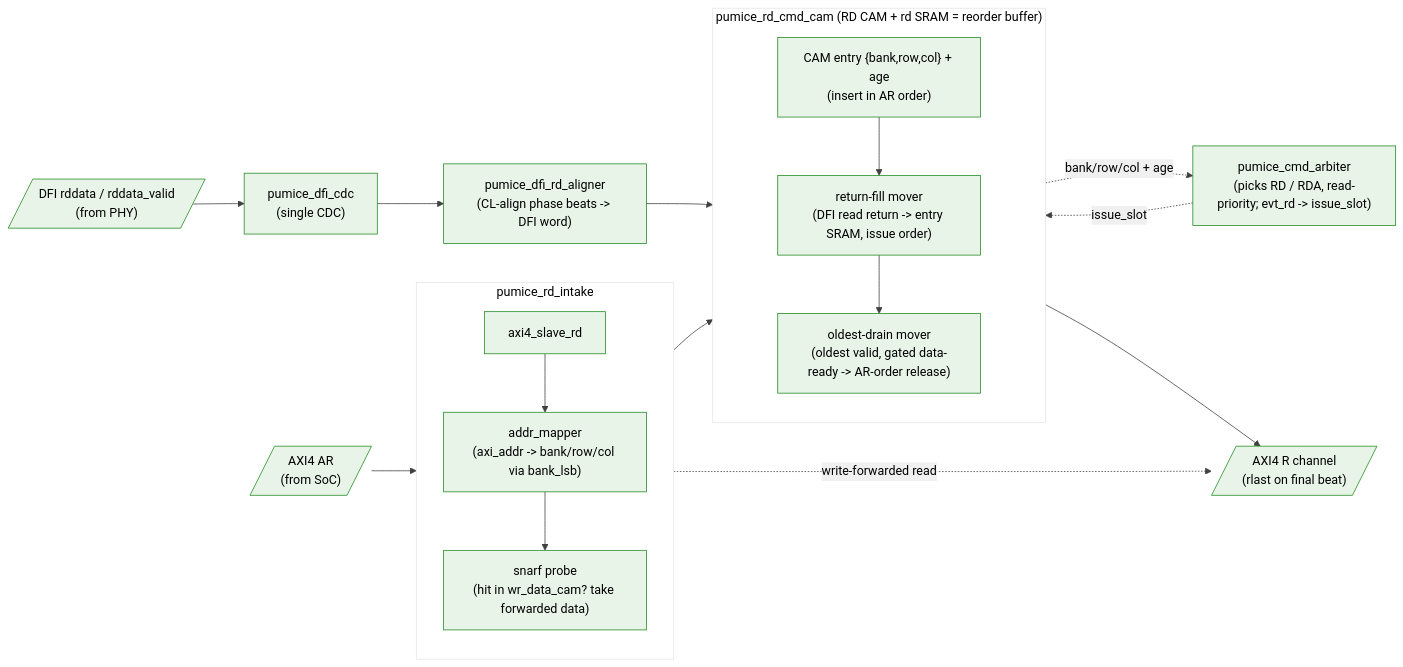
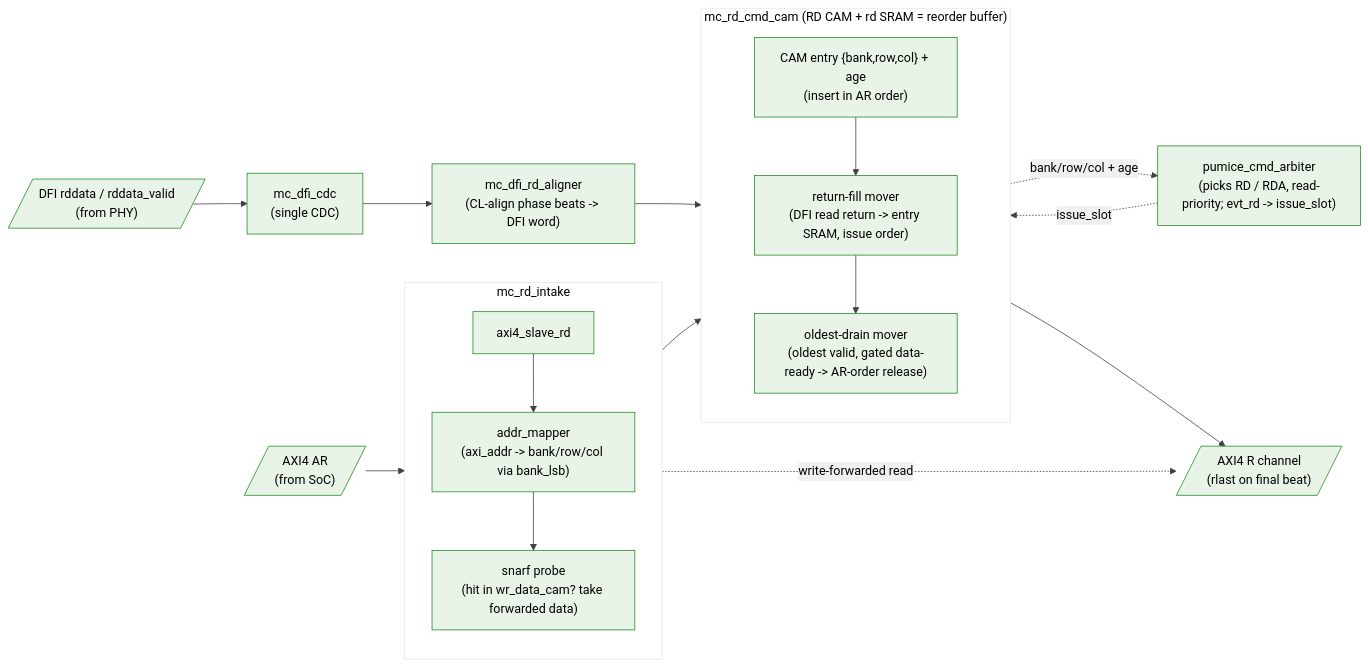
Before and after one commit to sean-galloway/RTLDesignSherpa: the diagram in projects/components/mem-ctrl-ip/research-ip/pumice-ddr2-lpddr2/docs/pumice_has/assets/mermaid/08_rd_pipeline.mmd, drawn with Mermaid. The commit also changed 100 other files, not shown here.

```diff
--- a/projects/components/mem-ctrl-ip/research-ip/pumice-ddr2-lpddr2/docs/pumice_has/assets/mermaid/08_rd_pipeline.mmd
+++ b/projects/components/mem-ctrl-ip/research-ip/pumice-ddr2-lpddr2/docs/pumice_has/assets/mermaid/08_rd_pipeline.mmd
@@ -1,33 +1,33 @@
 %%{init: {'theme': 'base', 'themeVariables': { 'primaryColor': '#e8f4e8', 'primaryTextColor': '#000', 'primaryBorderColor': '#228B22', 'lineColor': '#404040', 'secondaryColor': '#f0f0f0', 'tertiaryColor': '#fff'}}}%%
 flowchart LR
-    %% Read path: pumice_rd_intake -> pumice_rd_cmd_cam (return-fill / oldest-drain,
-    %% reorder buffer) -> pumice_dfi_rd_aligner -> AXI R. De-FSM'd streaming movers.
+    %% Read path: mc_rd_intake -> mc_rd_cmd_cam (return-fill / oldest-drain,
+    %% reorder buffer) -> mc_dfi_rd_aligner -> AXI R. De-FSM'd streaming movers.
     ar[/"AXI4 AR<br/>(from SoC)"/]
 
-    subgraph INTAKE["pumice_rd_intake"]
+    subgraph INTAKE["mc_rd_intake"]
         direction TB
         slv["axi4_slave_rd"]
         amap["addr_mapper<br/>(axi_addr -> bank/row/col via bank_lsb)"]
         snarfp["snarf probe<br/>(hit in wr_data_cam? take forwarded data)"]
         slv --> amap --> snarfp
     end
 
-    subgraph CAM["pumice_rd_cmd_cam (RD CAM + rd SRAM = reorder buffer)"]
+    subgraph CAM["mc_rd_cmd_cam (RD CAM + rd SRAM = reorder buffer)"]
         direction TB
         entry["CAM entry {bank,row,col} + age<br/>(insert in AR order)"]
         rfill["return-fill mover<br/>(DFI read return -> entry SRAM, issue order)"]
         drain["oldest-drain mover<br/>(oldest valid, gated data-ready -> AR-order release)"]
         entry --> rfill --> drain
     end
 
     ar --> slv
     amap --> entry
     entry -. bank/row/col + age .-> arb["pumice_cmd_arbiter<br/>(picks RD / RDA, read-priority; evt_rd -> issue_slot)"]
     arb -. issue_slot .-> entry
 
-    dfi[/"DFI rddata / rddata_valid<br/>(from PHY)"/] --> cdc["pumice_dfi_cdc<br/>(single CDC)"]
-    cdc --> align["pumice_dfi_rd_aligner<br/>(CL-align phase beats -> DFI word)"]
+    dfi[/"DFI rddata / rddata_valid<br/>(from PHY)"/] --> cdc["mc_dfi_cdc<br/>(single CDC)"]
+    cdc --> align["mc_dfi_rd_aligner<br/>(CL-align phase beats -> DFI word)"]
     align --> rfill
 
     drain --> r[/"AXI4 R channel<br/>(rlast on final beat)"/]
     snarfp -. write-forwarded read .-> r
```
